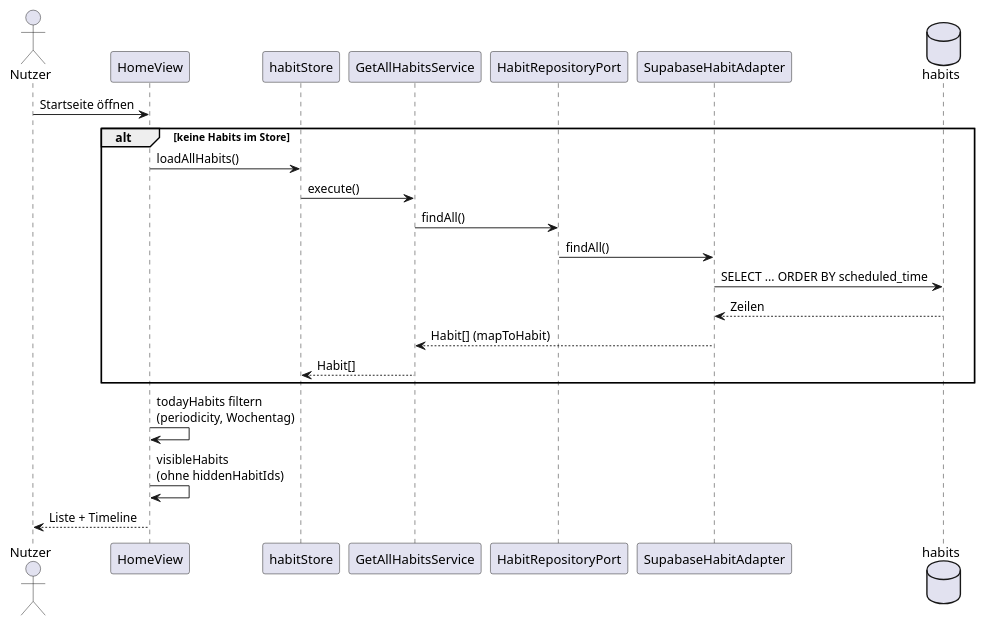
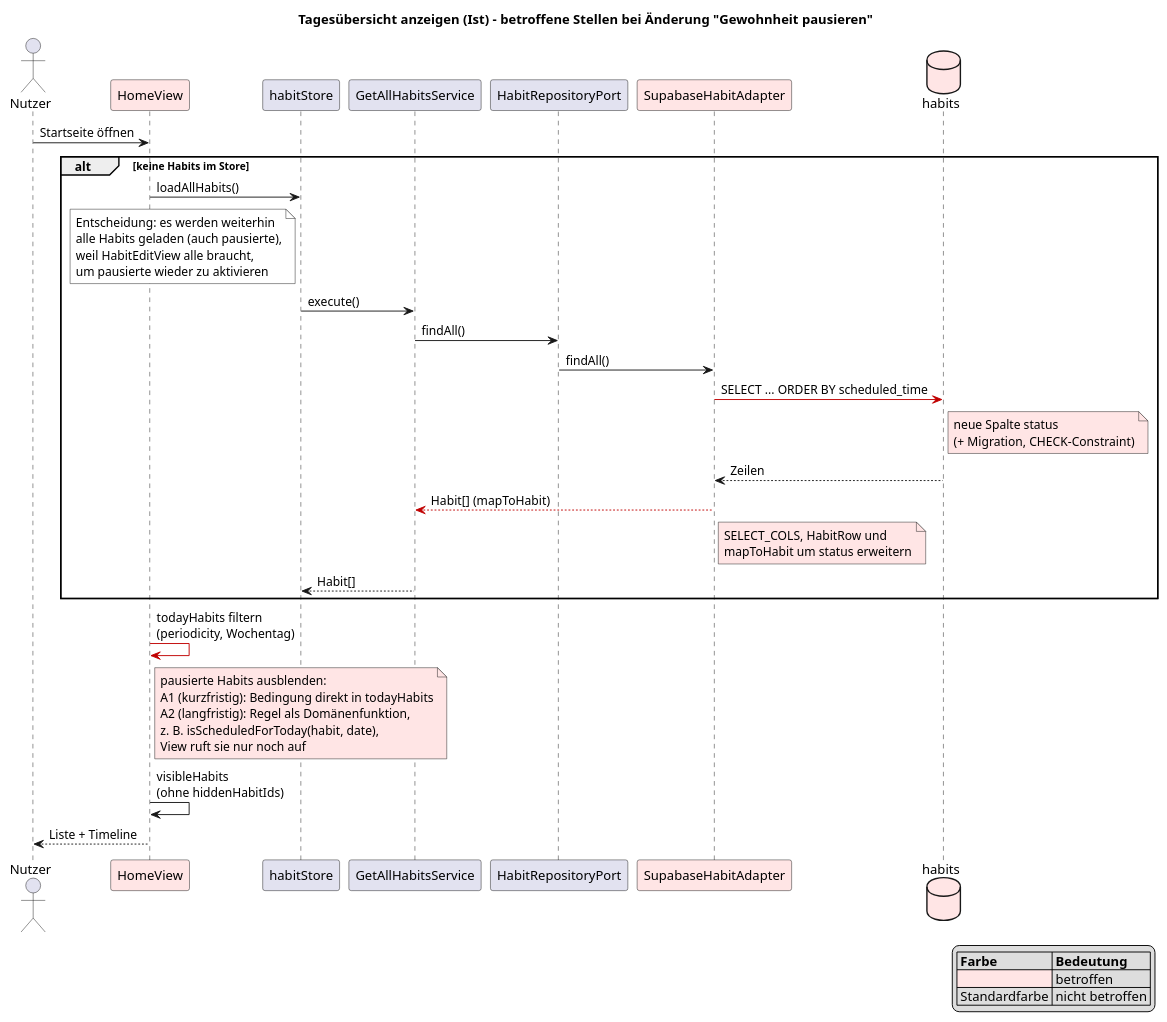
Before and after one commit to stttxxnn/se1-habittracker: the diagram in docs/design-analysis/current-flow.puml, drawn with PlantUML. The commit also changed 1 other file, not shown here.

Commit message:
[Docs] Betroffene Stellen für "Gewohnheit pausieren" markiert
Beide Diagramme auf die für die Untersuchung nötigen Bausteine
reduziert und betroffene Stellen farbig markiert. Entscheidung:
weiterhin alle Habits laden (HabitEditView braucht auch pausierte),
Filter für die Tagesübersicht in HomeView (A1) bzw. langfristig als
Domänenfunktion (A2).

Refs #82

```diff
--- a/docs/design-analysis/current-flow.puml
+++ b/docs/design-analysis/current-flow.puml
@@ -1,24 +1,53 @@
 @startuml
+title Tagesübersicht anzeigen (Ist) – betroffene Stellen bei Änderung "Gewohnheit pausieren"
+
 actor Nutzer
-participant "HomeView" as V
+participant "HomeView" as V #FFE5E5
 participant "habitStore" as S
 participant "GetAllHabitsService" as UC
 participant "HabitRepositoryPort" as P
-participant "SupabaseHabitAdapter" as A
-database "habits" as DB
+participant "SupabaseHabitAdapter" as A #FFE5E5
+database "habits" as DB #FFE5E5
 
 Nutzer -> V : Startseite öffnen
 alt keine Habits im Store
   V -> S : loadAllHabits()
+  note left of S #FFFFFF
+    Entscheidung: es werden weiterhin
+    alle Habits geladen (auch pausierte),
+    weil HabitEditView alle braucht,
+    um pausierte wieder zu aktivieren
+  end note
   S -> UC : execute()
   UC -> P : findAll()
   P -> A : findAll()
-  A -> DB : SELECT ... ORDER BY scheduled_time
+  A -[#C00000]> DB : SELECT ... ORDER BY scheduled_time
+  note right of DB #FFE5E5
+    neue Spalte status
+    (+ Migration, CHECK-Constraint)
+  end note
   DB --> A : Zeilen
-  A --> UC : Habit[] (mapToHabit)
+  A -[#C00000]-> UC : Habit[] (mapToHabit)
+  note right of A #FFE5E5
+    SELECT_COLS, HabitRow und
+    mapToHabit um status erweitern
+  end note
   UC --> S : Habit[]
 end
-V -> V : todayHabits filtern\n(periodicity, Wochentag)
+V -[#C00000]> V : todayHabits filtern\n(periodicity, Wochentag)
+note right of V #FFE5E5
+  pausierte Habits ausblenden:
+  A1 (kurzfristig): Bedingung direkt in todayHabits
+  A2 (langfristig): Regel als Domänenfunktion,
+  z. B. isScheduledForToday(habit, date),
+  View ruft sie nur noch auf
+end note
 V -> V : visibleHabits\n(ohne hiddenHabitIds)
 V --> Nutzer : Liste + Timeline
+
+legend right
+  |= Farbe |= Bedeutung |
+  |<#FFE5E5>| betroffen |
+  | Standardfarbe | nicht betroffen |
+endlegend
 @enduml
```
